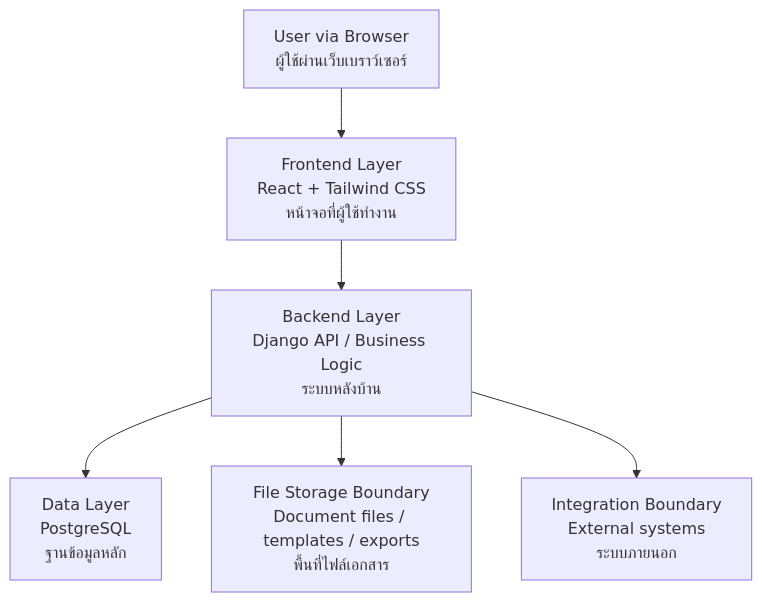
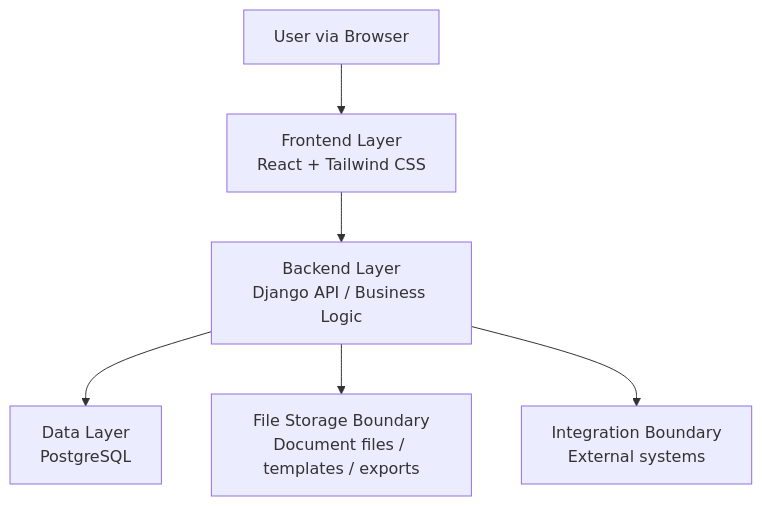
Before and after one commit to yukasung/legal_erp_docs: the diagram in docs/app/docs/architecture/page.mdx, drawn with Mermaid. The commit also changed other lines of this file and 5 other files, not shown here.

````diff
--- a/docs/app/docs/architecture/page.mdx
+++ b/docs/app/docs/architecture/page.mdx
@@ -43,15 +38,15 @@
 ```mermaid
 flowchart TB
-  User["User via Browser<br/>ผู้ใช้ผ่านเว็บเบราว์เซอร์"]
-  Frontend["Frontend Layer<br/>React + Tailwind CSS<br/>หน้าจอที่ผู้ใช้ทำงาน"]
-  Backend["Backend Layer<br/>Django API / Business Logic<br/>ระบบหลังบ้าน"]
-  Database["Data Layer<br/>PostgreSQL<br/>ฐานข้อมูลหลัก"]
-  FileStorage["File Storage Boundary<br/>Document files / templates / exports<br/>พื้นที่ไฟล์เอกสาร"]
-  Integration["Integration Boundary<br/>External systems<br/>ระบบภายนอก"]
+  User["User via Browser"]
+  Frontend["Frontend Layer<br/>React + Tailwind CSS"]
+  Backend["Backend Layer<br/>Django API / Business Logic"]
+  Database["Data Layer<br/>PostgreSQL"]
+  FileStorage["File Storage Boundary<br/>Document files / templates / exports"]
+  Integration["Integration Boundary<br/>External systems"]
 
   User --> Frontend
   Frontend --> Backend
   Backend --> Database
   Backend --> FileStorage
   Backend --> Integration
 ```
````
